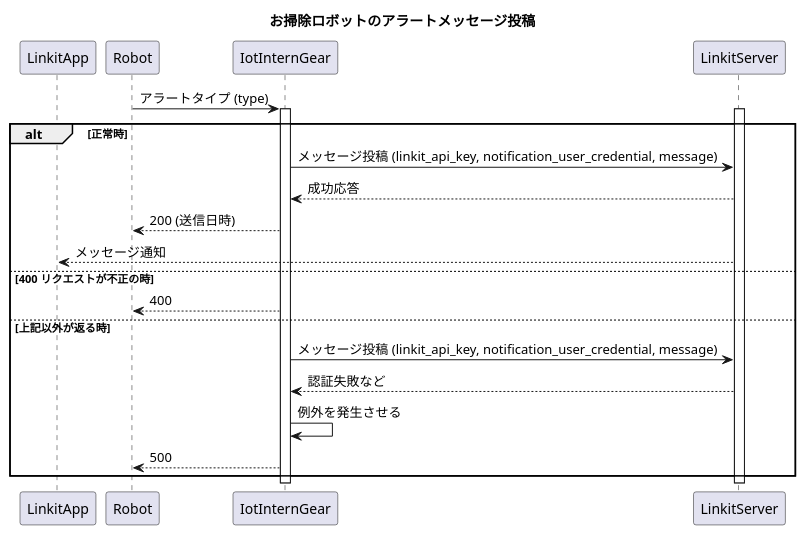
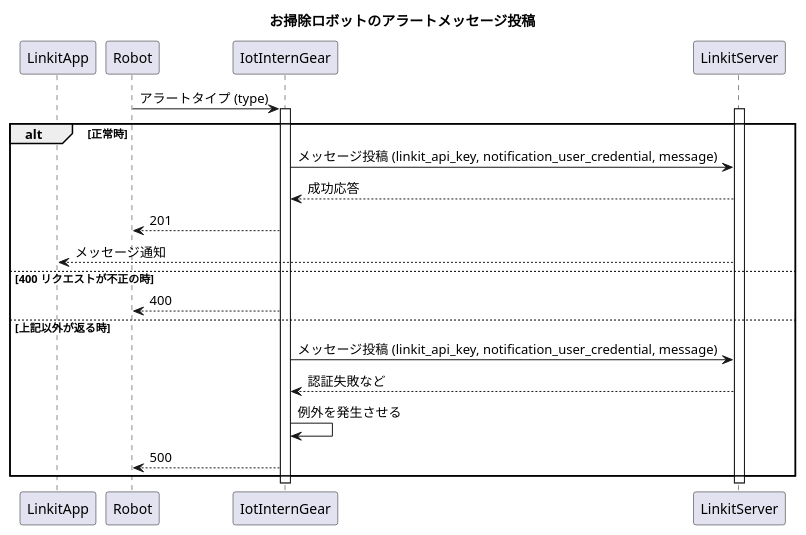
Before and after one commit to access-company/IoTIntern: the diagram in doc/sequence.puml, drawn with PlantUML. The commit also changed 1 other file, not shown here.

```diff
--- a/doc/sequence.puml
+++ b/doc/sequence.puml
@@ -1,27 +1,27 @@
 @startuml SequenceDiagram
 title: お掃除ロボットのアラートメッセージ投稿
 
 participant LinkitApp
 participant Robot
 participant IotInternGear
 participant LinkitServer
 
 Robot -> IotInternGear: アラートタイプ (type)
 activate IotInternGear
 activate LinkitServer
 alt 正常時
     IotInternGear -> LinkitServer: メッセージ投稿 (linkit_api_key, notification_user_credential, message)
     IotInternGear <-- LinkitServer: 成功応答
-    Robot <-- IotInternGear: 200 (送信日時)
+    Robot <-- IotInternGear: 201
     LinkitApp <-- LinkitServer: メッセージ通知
 else 400 リクエストが不正の時
     Robot <-- IotInternGear: 400
 else 上記以外が返る時
     IotInternGear -> LinkitServer: メッセージ投稿 (linkit_api_key, notification_user_credential, message)
     IotInternGear <-- LinkitServer: 認証失敗など
     IotInternGear -> IotInternGear: 例外を発生させる
     Robot <-- IotInternGear: 500
 end
 deactivate IotInternGear
 deactivate LinkitServer
 @enduml
```
